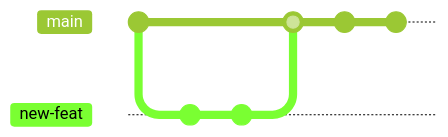
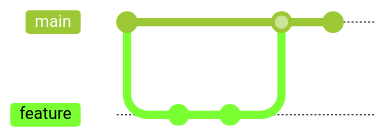
Before and after one commit to lizsalmon/iCSC-Git-talk: the first of 5 diagrams in slides.md, drawn with Mermaid (forest theme). The commit also changed other lines of this file and 6476 other files, not shown here. Commit ids are hidden.

````diff
--- a/slides.md
+++ b/slides.md
@@ -25,12 +47,11 @@
 ```mermaid
 gitGraph
-   commit
-   branch new-feat
-   checkout new-feat
-   commit
-   commit
-   checkout main
-   merge new-feat
-   commit
-   commit
+  commit id: "Init"
+  branch feature
+  checkout feature
+  commit id: "Work"
+  commit id: "More work"
+  checkout main
+  merge feature
+  commit id: "Deploy"
 ```
````
